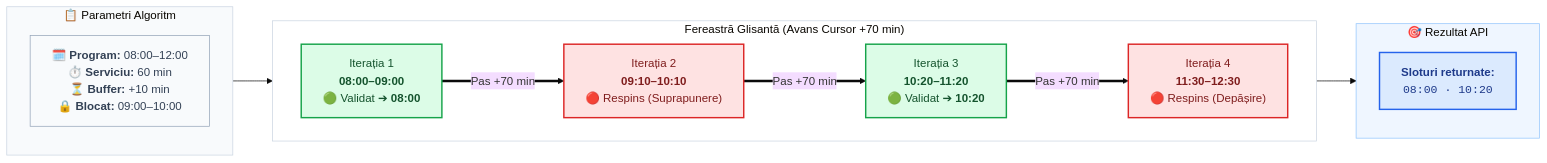
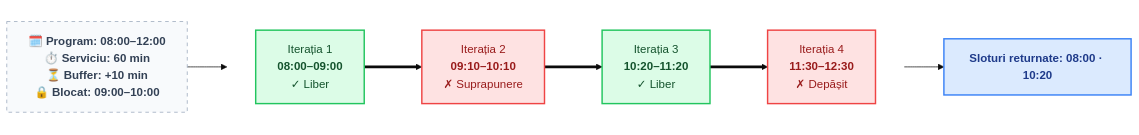
Before and after one commit to Anelisgh/kinetocare: the seventh of 10 diagrams in README.md, drawn with Mermaid. The commit also changed other lines of this file and 13 other files, not shown here.

````diff
--- a/README.md
+++ b/README.md
@@ -511,47 +505,35 @@
 ```mermaid
 ---
 config:
   theme: base
   flowchart:
     curve: basis
     nodeSpacing: 45
     rankSpacing: 55
 ---
 flowchart LR
-    subgraph ConfigBox ["📋 Parametri Algoritm"]
-        Config["🗓️ <b>Program:</b> 08:00–12:00<br/>⏱️ <b>Serviciu:</b> 60 min<br/>⏳ <b>Buffer:</b> +10 min<br/>🔒 <b>Blocat:</b> 09:00–10:00"]
+    Config["🗓️ Program: 08:00–12:00 <br> ⏱️ Serviciu: 60 min  <br>⏳ Buffer: +10 min <br> 🔒 Blocat: 09:00–10:00"]:::config
+
+    subgraph SlidingWindow [" "]
+        direction LR
+        I1["Iterația 1<br><b>08:00–09:00</b><br>✓ Liber"]:::liber
+        I2["Iterația 2<br><b>09:10–10:10</b><br>✗ Suprapunere"]:::eroare
+        I3["Iterația 3<br><b>10:20–11:20</b><br>✓ Liber"]:::liber
+        I4["Iterația 4<br><b>11:30–12:30</b><br>✗ Depășit"]:::eroare
+
+        I1 ==> I2
+        I2 ==> I3
+        I3 ==> I4
     end
 
-    subgraph WindowFlow ["Fereastră Glisantă (Avans Cursor +70 min)"]
-        direction LR
-        I1["Iterația 1<br/><b>08:00–09:00</b><br/>🟢 Validat ➔ <b>08:00</b>"]
-        I2["Iterația 2<br/><b>09:10–10:10</b><br/>🔴 Respins (Suprapunere)"]
-        I3["Iterația 3<br/><b>10:20–11:20</b><br/>🟢 Validat ➔ <b>10:20</b>"]
-        I4["Iterația 4<br/><b>11:30–12:30</b><br/>🔴 Respins (Depășire)"]
+    Result["<b>Sloturi returnate: 08:00 · 10:20</b>"]:::rezultat
 
-        I1 ==>|"Pas +70 min"| I2
-        I2 ==>|"Pas +70 min"| I3
-        I3 ==>|"Pas +70 min"| I4
-    end
+    Config --> SlidingWindow
+    SlidingWindow --> Result
 
-    subgraph OutputBox ["🎯 Rezultat API"]
-        Result["<b>Sloturi returnate:</b><br/><code>08:00 · 10:20</code>"]
-    end
-
-    ConfigBox --> WindowFlow
-    WindowFlow --> OutputBox
-
-    classDef config fill:#f8fafc,stroke:#94a3b8,stroke-width:1px,color:#334155;
-    classDef liber fill:#dcfce7,stroke:#16a34a,stroke-width:2px,color:#14532d;
-    classDef eroare fill:#fee2e2,stroke:#dc2626,stroke-width:2px,color:#7f1d1d;
-    classDef rez fill:#dbeafe,stroke:#2563eb,stroke-width:2px,color:#1e3a8a;
-
-    class Config config;
-    class I1,I3 liber;
-    class I2,I4 eroare;
-    class Result rez;
-
-    style ConfigBox fill:#f8fafc,stroke:#cbd5e1,stroke-width:1px
-    style WindowFlow fill:#ffffff,stroke:#cbd5e1,stroke-width:1px
-    style OutputBox fill:#eff6ff,stroke:#93c5fd,stroke-width:1px
+    classDef config fill:#f8fafc,stroke:#94a3b8,stroke-width:1px,color:#334155,font-weight:bold,stroke-dasharray: 5 5;
+    classDef liber fill:#dcfce7,stroke:#22c55e,stroke-width:2px,color:#14532d;
+    classDef eroare fill:#fee2e2,stroke:#ef4444,stroke-width:2px,color:#991b1b;
+    classDef rezultat fill:#dbeafe,stroke:#3b82f6,stroke-width:2px,color:#1e3a8a;
+    style SlidingWindow fill:transparent,stroke:transparent
 ```
````
